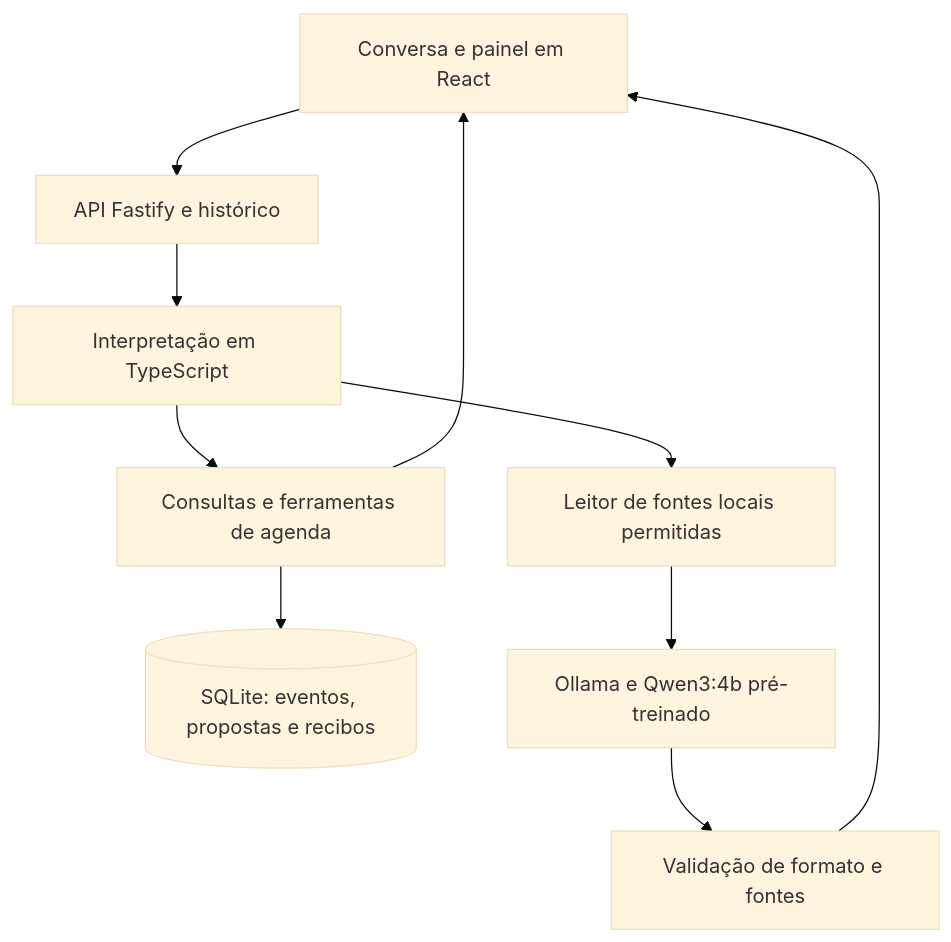
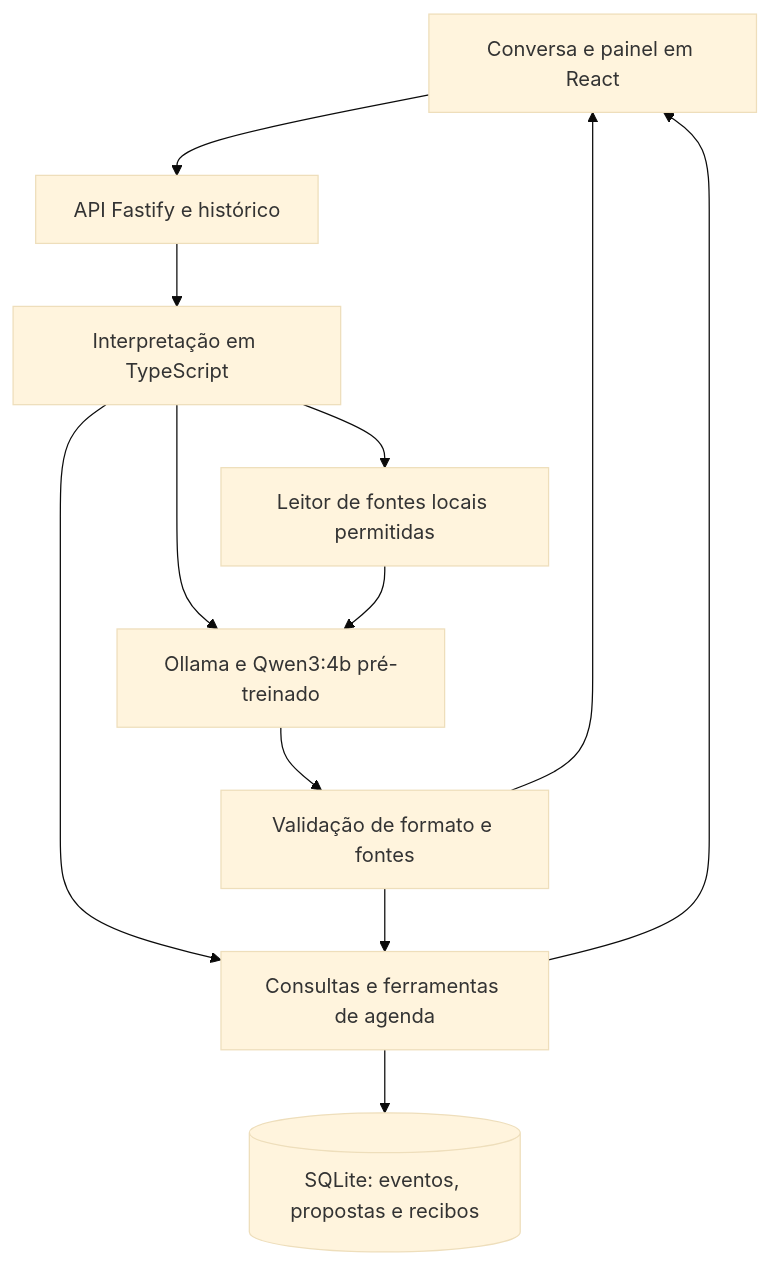
The diagram in docs/portfolio.md (Cesararanha/agenda), drawn with Mermaid (base theme) before and after one commit. The commit also changed other lines of this file and 30 other files, not shown here.

````diff
--- a/docs/portfolio.md
+++ b/docs/portfolio.md
@@ -17,12 +17,14 @@
 ```mermaid
 flowchart TD
   UI[Conversa e painel em React] --> API[API Fastify e histórico]
   API --> Intent[Interpretação em TypeScript]
   Intent --> Calendar[Consultas e ferramentas de agenda]
+  Intent --> LLM
   Calendar --> SQL[(SQLite: eventos, propostas e recibos)]
   Intent --> Context[Leitor de fontes locais permitidas]
   Context --> LLM[Ollama e Qwen3:4b pré-treinado]
   LLM --> Validation[Validação de formato e fontes]
+  Validation --> Calendar
   Validation --> UI
   Calendar --> UI
 ```
````
